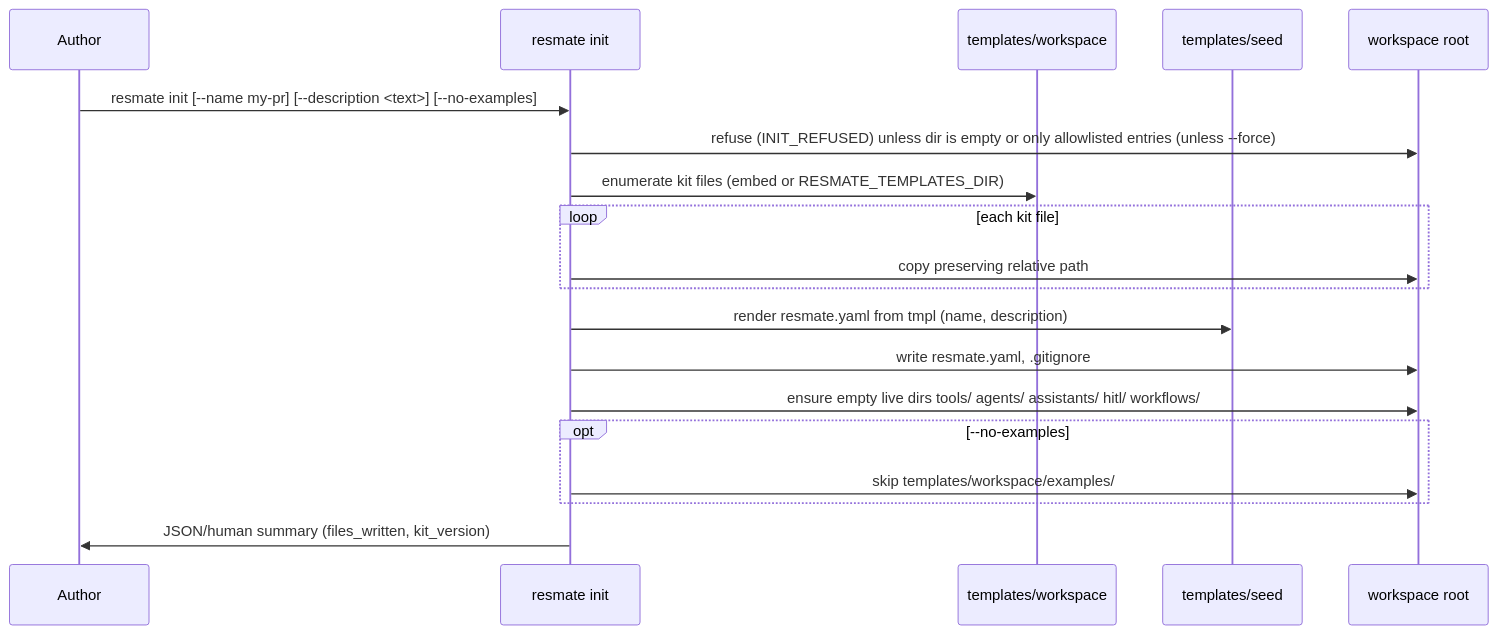
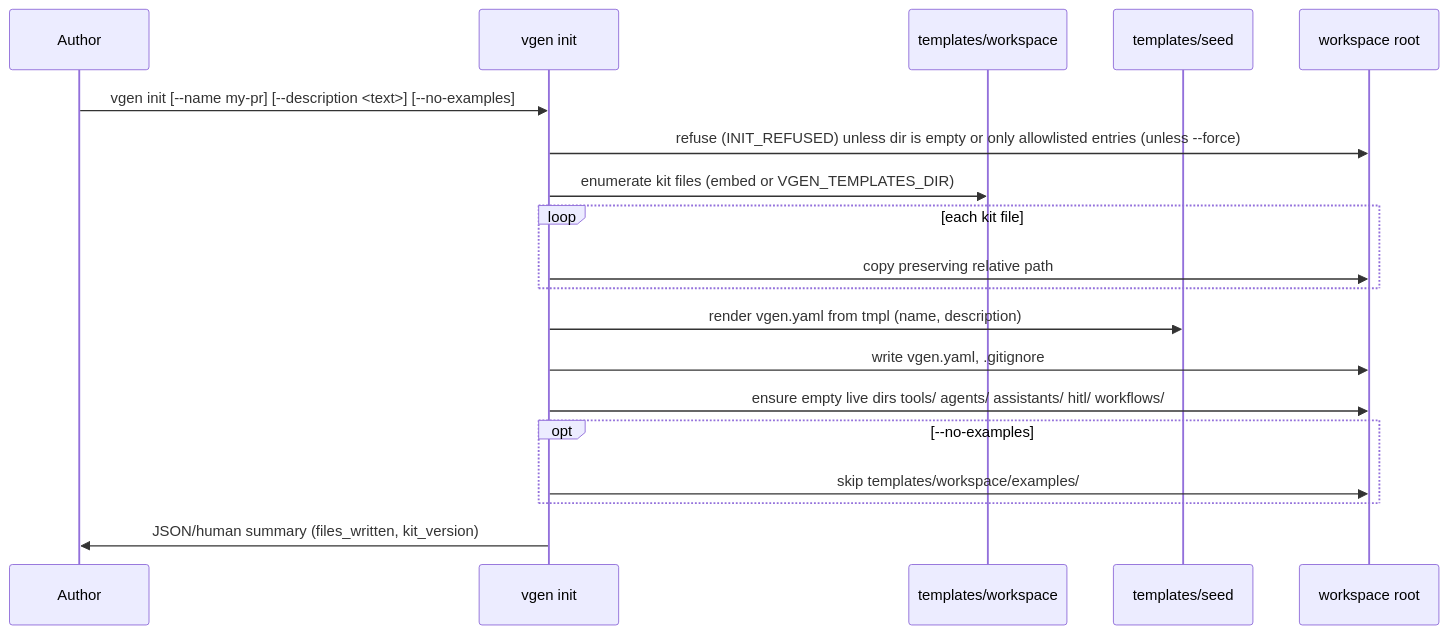
Before and after one commit to battikerigayathri/vgen-cli: the second of 2 diagrams in docs/AUTHORING-KIT-ARCHITECTURE.md, drawn with Mermaid. The commit also changed other lines of this file and 120 other files, not shown here.

Commit message:
changed every occurence of resmate/RESMATE with vgen/VGEN

````diff
--- a/docs/AUTHORING-KIT-ARCHITECTURE.md
+++ b/docs/AUTHORING-KIT-ARCHITECTURE.md
@@ -136,22 +136,22 @@
 ```mermaid
 sequenceDiagram
   participant Author
-  participant CLI as resmate init
+  participant CLI as vgen init
   participant Kit as templates/workspace
   participant Seed as templates/seed
   participant WS as workspace root
 
-  Author->>CLI: resmate init [--name my-pr] [--description <text>] [--no-examples]
+  Author->>CLI: vgen init [--name my-pr] [--description <text>] [--no-examples]
   CLI->>WS: refuse (INIT_REFUSED) unless dir is empty or only allowlisted entries (unless --force)
-  CLI->>Kit: enumerate kit files (embed or RESMATE_TEMPLATES_DIR)
+  CLI->>Kit: enumerate kit files (embed or VGEN_TEMPLATES_DIR)
   loop each kit file
     CLI->>WS: copy preserving relative path
   end
-  CLI->>Seed: render resmate.yaml from tmpl (name, description)
-  CLI->>WS: write resmate.yaml, .gitignore
+  CLI->>Seed: render vgen.yaml from tmpl (name, description)
+  CLI->>WS: write vgen.yaml, .gitignore
   CLI->>WS: ensure empty live dirs tools/ agents/ assistants/ hitl/ workflows/
   opt --no-examples
     CLI->>WS: skip templates/workspace/examples/
   end
   CLI->>Author: JSON/human summary (files_written, kit_version)
 ```
````
